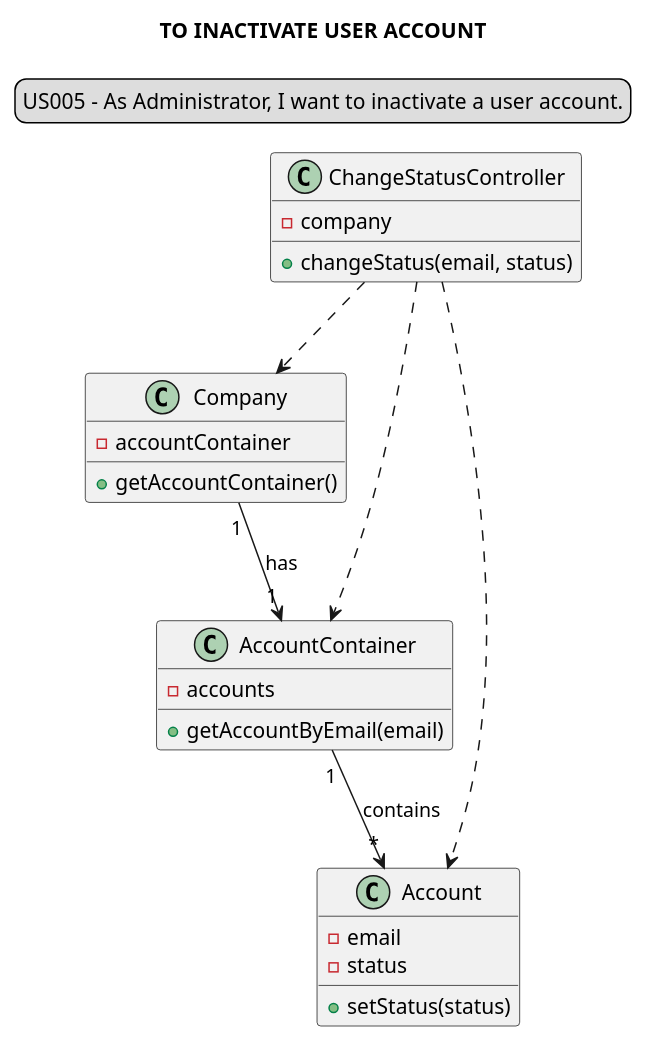
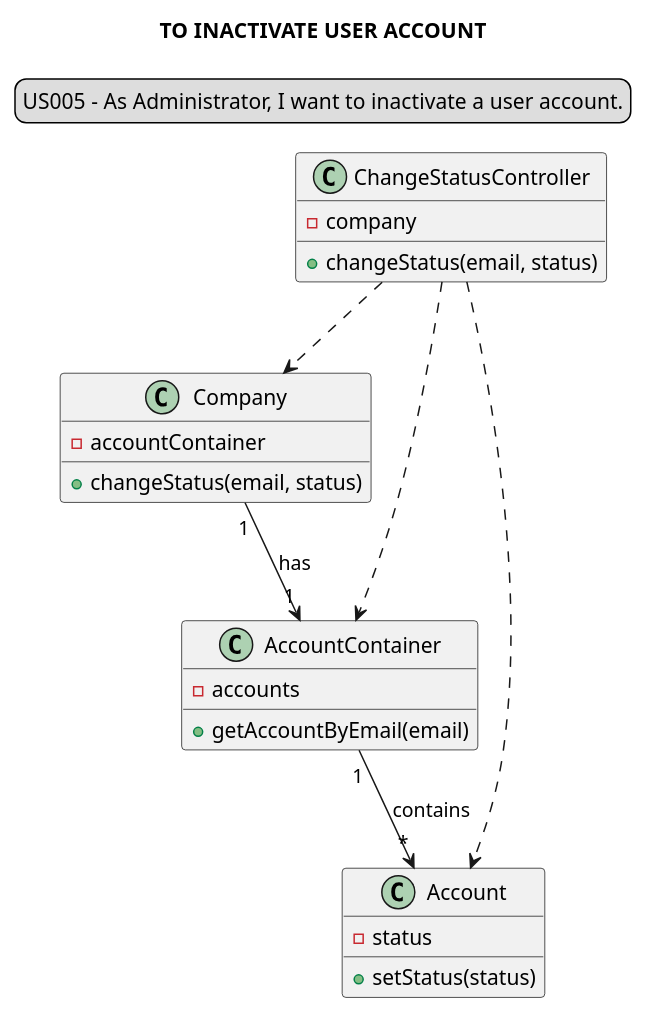
Before and after one commit to Loracline/project_switch_22-23: the diagram in docs/modelling_design/user_stories/us005/US005_classDiagram.puml, drawn with PlantUML. The commit also changed 3 other files, not shown here.

Commit message:
US 005,006 : Design : Refinement of sequence diagram and class diagram

```diff
--- a/docs/modelling_design/user_stories/us005/US005_classDiagram.puml
+++ b/docs/modelling_design/user_stories/us005/US005_classDiagram.puml
@@ -1,36 +1,35 @@
 @startuml
 
 legend top
 US005 - As Administrator, I want to inactivate a user account.
 end legend
 skinparam sequenceMessageAlign center
 title TO INACTIVATE USER ACCOUNT
 
 "ChangeStatusController"  ..> "Company"
 "ChangeStatusController" ..> "AccountContainer"
 "ChangeStatusController" ..> "Account"
 "Company" "1"-->"1" "AccountContainer": has
 "AccountContainer" "1"-->"*" "Account": contains
 
 class "ChangeStatusController" {
 -company
 +changeStatus(email, status)
 }
 
 class "Company" {
 -accountContainer
-+getAccountContainer()
++changeStatus(email, status)
 }
 
 class "AccountContainer" {
 -accounts
 +getAccountByEmail(email)
 }
 
 class "Account" {
--email
 -status
 +setStatus(status)
 }
 
 @enduml
```
